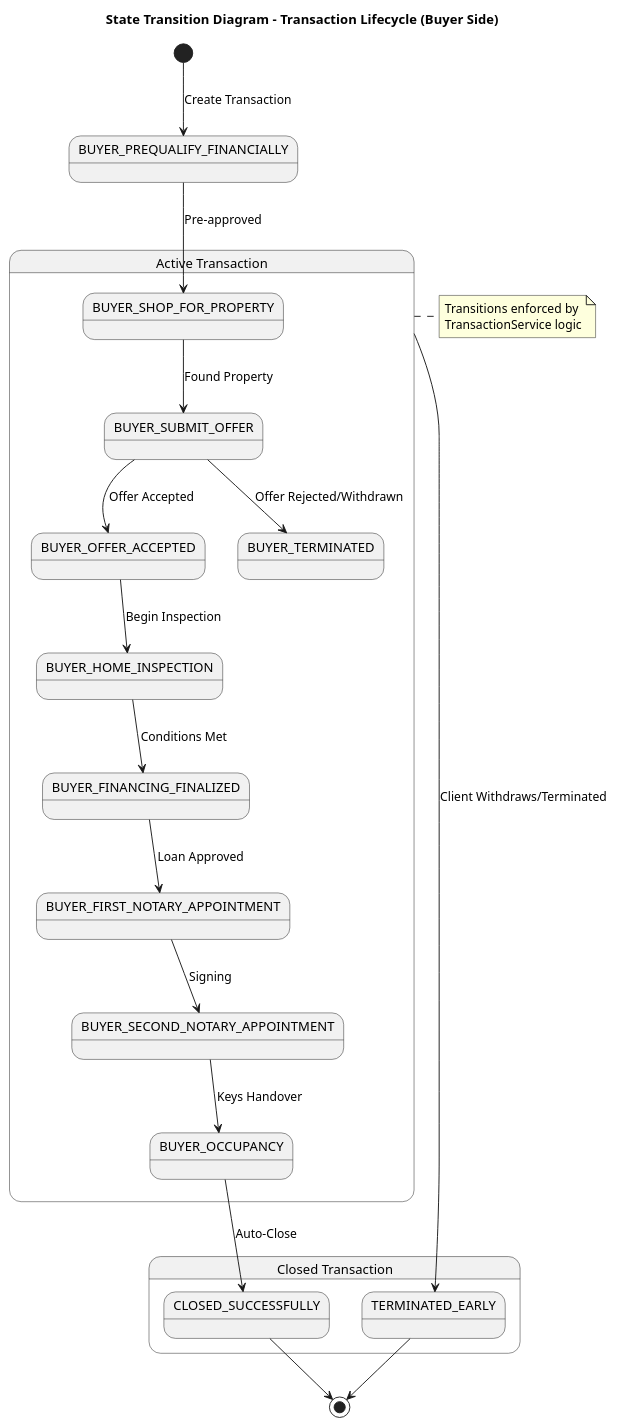
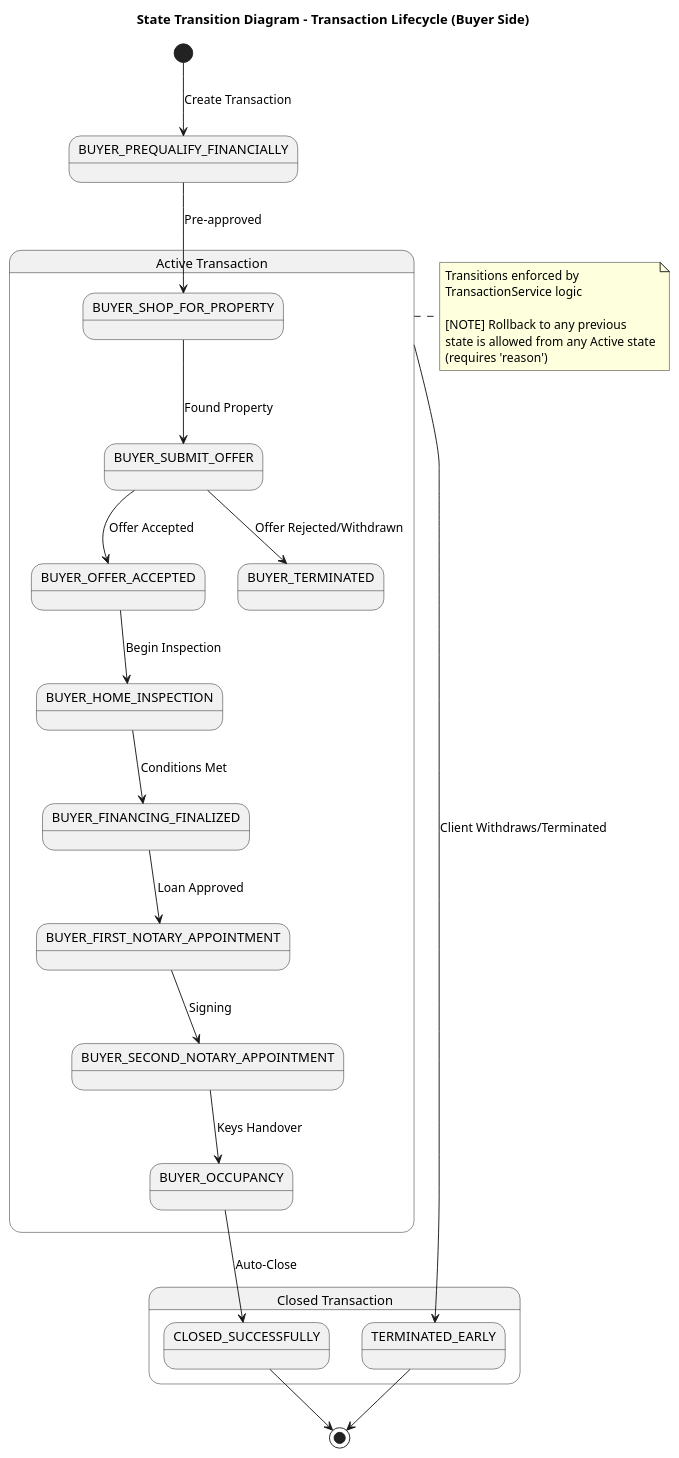
One commit to CourtierPro/CourtierPro changed the diagram in docs/PersonalUseCase/Amir/STD_TransactionLifecycle.puml. Above: the diagram before and after it, drawn with PlantUML. The commit also changed 16 other files, not shown here.

Commit message:
feat(cp-81): implement stage rollback logic with reason validation across backend, frontend, and docs

```diff
--- a/docs/PersonalUseCase/Amir/STD_TransactionLifecycle.puml
+++ b/docs/PersonalUseCase/Amir/STD_TransactionLifecycle.puml
@@ -1,35 +1,39 @@
 @startuml
 title State Transition Diagram - Transaction Lifecycle (Buyer Side)
 
 [*] --> BUYER_PREQUALIFY_FINANCIALLY : Create Transaction
 
 state "Active Transaction" as Active {
     BUYER_PREQUALIFY_FINANCIALLY --> BUYER_SHOP_FOR_PROPERTY : Pre-approved
     BUYER_SHOP_FOR_PROPERTY --> BUYER_SUBMIT_OFFER : Found Property
     BUYER_SUBMIT_OFFER --> BUYER_OFFER_ACCEPTED : Offer Accepted
     BUYER_SUBMIT_OFFER --> BUYER_TERMINATED : Offer Rejected/Withdrawn
     
     BUYER_OFFER_ACCEPTED --> BUYER_HOME_INSPECTION : Begin Inspection
     BUYER_HOME_INSPECTION --> BUYER_FINANCING_FINALIZED : Conditions Met
     
     BUYER_FINANCING_FINALIZED --> BUYER_FIRST_NOTARY_APPOINTMENT : Loan Approved
     BUYER_FIRST_NOTARY_APPOINTMENT --> BUYER_SECOND_NOTARY_APPOINTMENT : Signing
     BUYER_SECOND_NOTARY_APPOINTMENT --> BUYER_OCCUPANCY : Keys Handover
 }
 
 state "Closed Transaction" as Closed {
     state CLOSED_SUCCESSFULLY
     state TERMINATED_EARLY
 }
 
 BUYER_OCCUPANCY --> CLOSED_SUCCESSFULLY : Auto-Close
 Active --> TERMINATED_EARLY : Client Withdraws/Terminated
 
 CLOSED_SUCCESSFULLY --> [*]
 TERMINATED_EARLY --> [*]
 
 note right of Active
   Transitions enforced by
   TransactionService logic
+  
+  [NOTE] Rollback to any previous
+  state is allowed from any Active state
+  (requires 'reason')
 end note
 @enduml
```
